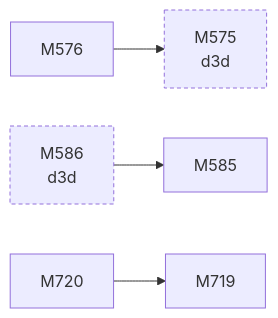
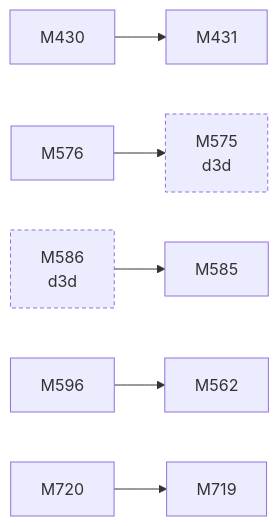
Before and after one commit to D-Ogi/amdgpu-wddm: the third of 3 diagrams in docs/facts/graphs/display.md, drawn with Mermaid. The commit also changed other lines of this file and 83 other files, not shown here.

````diff
--- a/docs/facts/graphs/display.md
+++ b/docs/facts/graphs/display.md
@@ -152,14 +158,20 @@
 ```mermaid
 flowchart LR
+  M430["M430"]
+  M431["M431"]
+  M562["M562"]
   M575["M575<br/>d3d"]
   M576["M576"]
   M585["M585"]
   M586["M586<br/>d3d"]
+  M596["M596"]
   M719["M719"]
   M720["M720"]
+  M430 --> M431
   M576 --> M575
+  M596 --> M562
   M720 --> M719
   M586 --> M585
   classDef other stroke-dasharray:4 3
   class M575,M586 other
 ```
````
